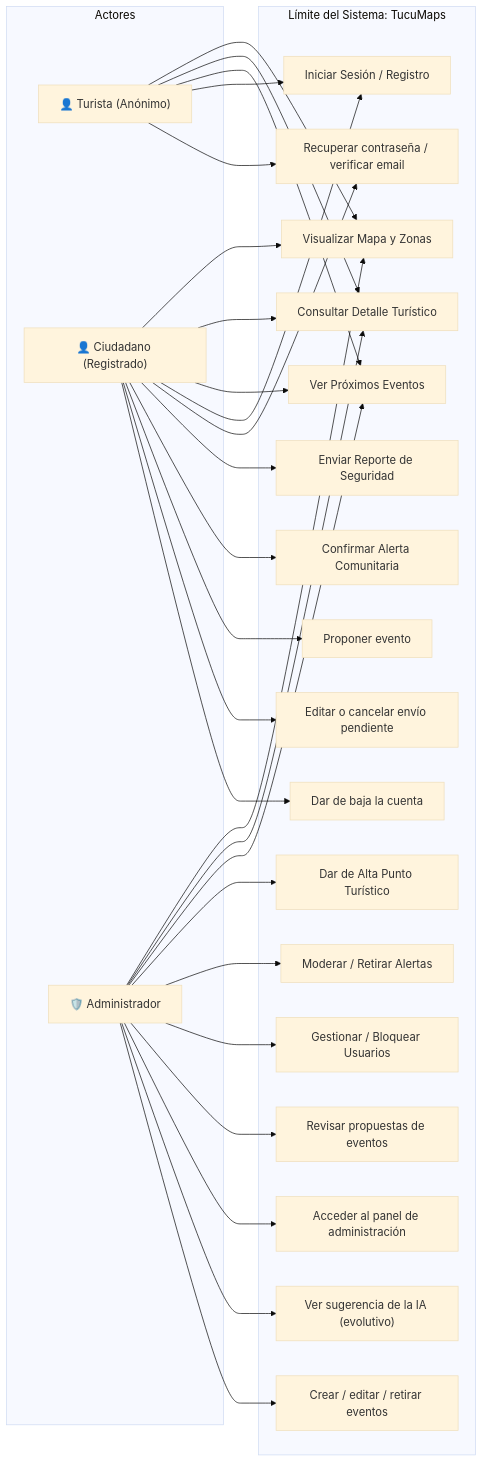
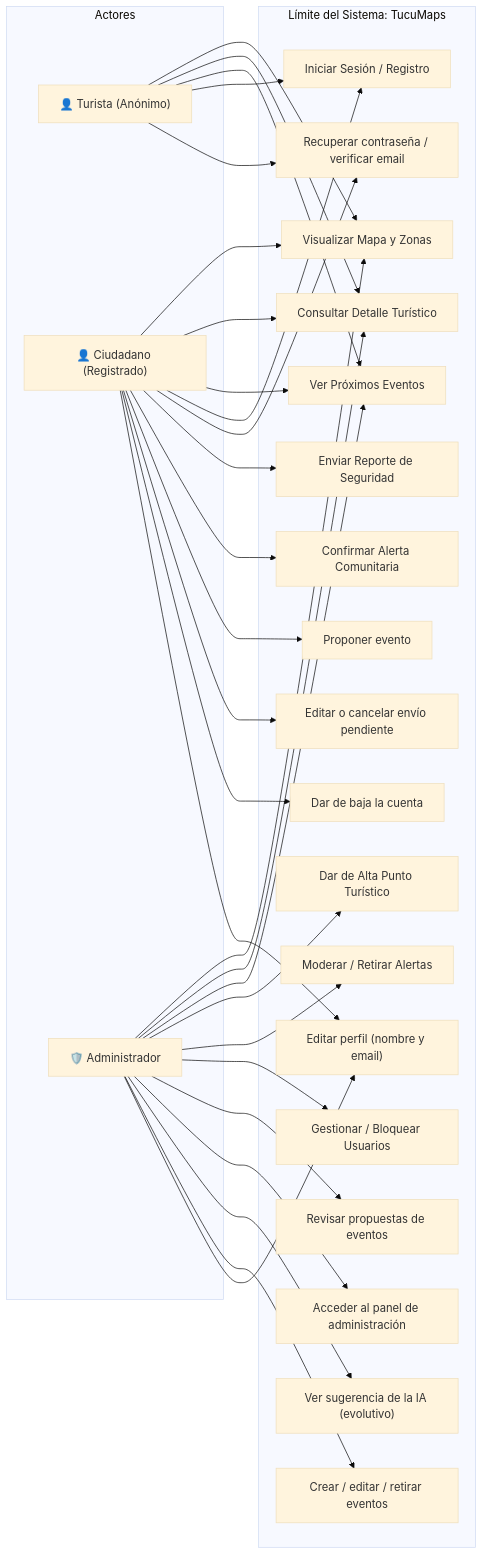
One commit to Fumacio/TucuMaps2 changed the diagram in docs/Diagrama de casos de uso TucuMaps.md. Above: the diagram before and after it, drawn with Mermaid (base theme). The commit also changed other lines of this file and 17 other files, not shown here.

First line of the commit message:
Perfil: cambiar el nombre y el email (RF-25, #74)

````diff
--- a/docs/Diagrama de casos de uso TucuMaps.md
+++ b/docs/Diagrama de casos de uso TucuMaps.md
@@ -35,57 +35,60 @@
 ```mermaid
 flowchart LR
     subgraph Actores
         Anonimo["👤 Turista (Anónimo)"]
         Ciudadano["👤 Ciudadano (Registrado)"]
         Admin["🛡️ Administrador"]
     end
 
     subgraph TucuMaps["Límite del Sistema: TucuMaps"]
         CU1["Visualizar Mapa y Zonas"]
         CU2["Consultar Detalle Turístico"]
         CU3["Ver Próximos Eventos"]
         CU4["Iniciar Sesión / Registro"]
         CU5["Enviar Reporte de Seguridad"]
         CU6["Confirmar Alerta Comunitaria"]
         CU7["Dar de Alta Punto Turístico"]
         CU8["Moderar / Retirar Alertas"]
         CU9["Gestionar / Bloquear Usuarios"]
         CU10["Revisar propuestas de eventos"]
         CU11["Proponer evento"]
         CU12["Acceder al panel de administración"]
         CU13["Ver sugerencia de la IA (evolutivo)"]
         CU14["Recuperar contraseña / verificar email"]
         CU15["Editar o cancelar envío pendiente"]
         CU16["Dar de baja la cuenta"]
         CU17["Crear / editar / retirar eventos"]
+        CU18["Editar perfil (nombre y email)"]
     end
 
     %% Relaciones de actores
     Anonimo --> CU1
     Anonimo --> CU2
     Anonimo --> CU3
     Anonimo --> CU4
     Anonimo --> CU14
 
     Ciudadano --> CU1
     Ciudadano --> CU2
     Ciudadano --> CU3
     Ciudadano --> CU4
     Ciudadano --> CU14
     Ciudadano --> CU5
     Ciudadano --> CU6
     Ciudadano --> CU11
     Ciudadano --> CU15
     Ciudadano --> CU16
+    Ciudadano --> CU18
 
     Admin --> CU1
     Admin --> CU2
     Admin --> CU3
     Admin --> CU7
     Admin --> CU8
     Admin --> CU9
     Admin --> CU10
     Admin --> CU12
     Admin --> CU13
     Admin --> CU17
+    Admin --> CU18
 ```
````
